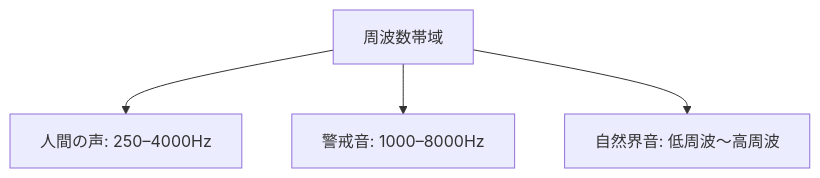
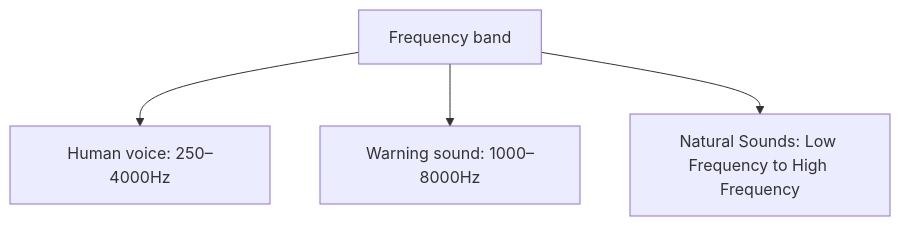
Before and after one commit to monumental-movement/monumental-movement.github.io: the first of 4 diagrams in en/_posts/2025-10-26-column-bear-sound.md, drawn with Mermaid. The commit also changed other lines of this file and 152 other files, not shown here.

```diff
--- a/en/_posts/2025-10-26-column-bear-sound.md
+++ b/en/_posts/2025-10-26-column-bear-sound.md
@@ -58,9 +58,9 @@
 <div class="mermaid">
 
 graph TD
-A["周波数帯域"] --> B["人間の声: 250–4000Hz"]
-A --> C["警戒音: 1000–8000Hz"]
-A --> D["自然界音: 低周波〜高周波"]
+A["Frequency band"] --> B["Human voice: 250–4000Hz"]
+A --> C["Warning sound: 1000–8000Hz"]
+A --> D["Natural Sounds: Low Frequency to High Frequency"]
 
 
 </div>
```
